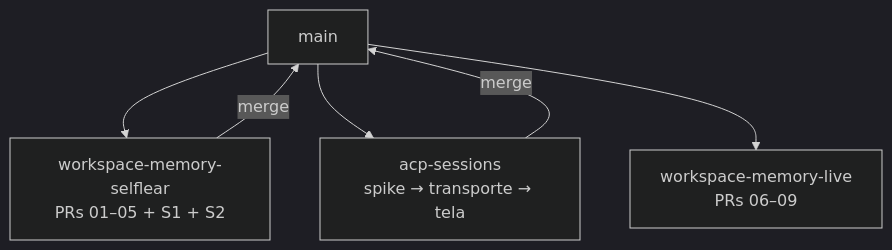
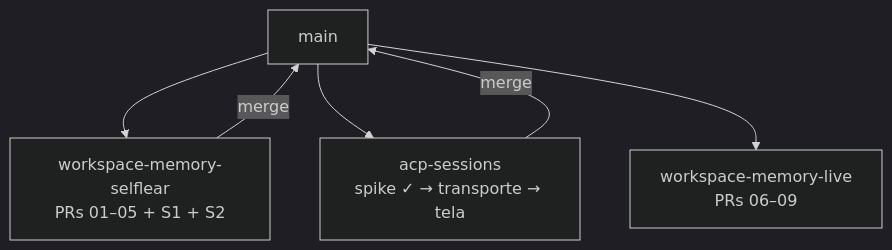
The second of 3 diagrams in docs/prd/workspace-memory/roadmap.md (vinihcrosa/lumem-os), drawn with Mermaid (dark theme) before and after one commit. The commit also changed other lines of this file and 11 other files, not shown here.

````diff
--- a/docs/prd/workspace-memory/roadmap.md
+++ b/docs/prd/workspace-memory/roadmap.md
@@ -123,12 +123,12 @@
 ```mermaid
 flowchart TD
   main["main"]
   wm["workspace-memory-selflear<br/>PRs 01–05 + S1 + S2"]
-  acp["acp-sessions<br/>spike → transporte → tela"]
+  acp["acp-sessions<br/>spike ✓ → transporte → tela"]
   wm2["workspace-memory-live<br/>PRs 06–09"]
   main --> wm
   main --> acp
   wm -->|merge| main
   acp -->|merge| main
   main --> wm2
 ```
````
